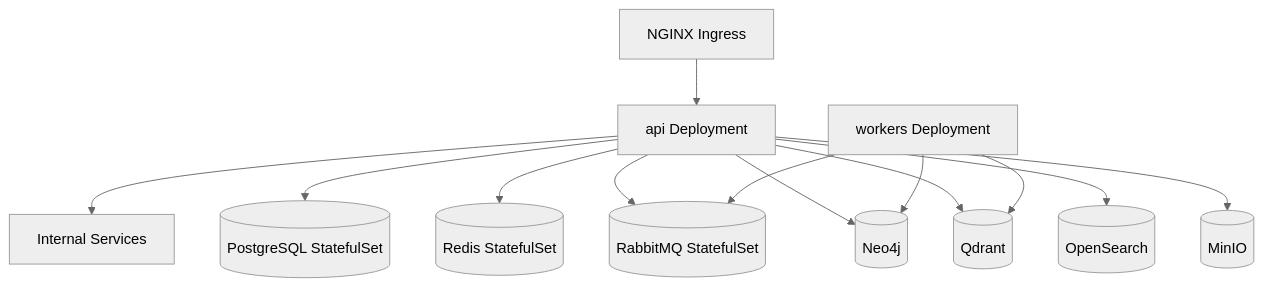
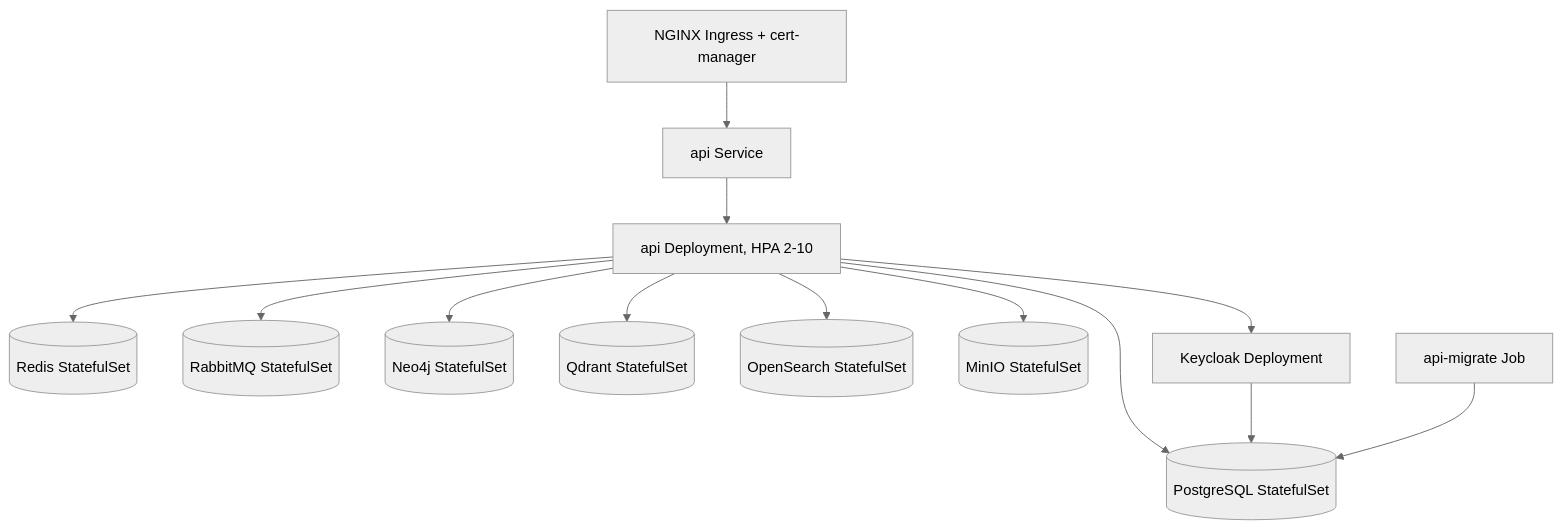
Before and after one commit to Carlos05-code/AI-Operation-copilot-for-SMBs: the diagram in infrastructure/kubernetes/README.md, drawn with Mermaid (neutral theme). The commit also changed other lines of this file and 42 other files, not shown here.

First line of the commit message:
feat(infra): Kubernetes deployment with HPA

````diff
--- a/infrastructure/kubernetes/README.md
+++ b/infrastructure/kubernetes/README.md
@@ -7,15 +9,15 @@
 ```mermaid
 flowchart TB
-    IN[NGINX Ingress] --> API[api Deployment]
-    API --> SVC[Internal Services]
+    IN[NGINX Ingress + cert-manager] --> SVC[api Service]
+    SVC --> API[api Deployment, HPA 2-10]
     API --> PG[(PostgreSQL StatefulSet)]
     API --> RED[(Redis StatefulSet)]
     API --> RMQ[(RabbitMQ StatefulSet)]
-    API --> NEO[(Neo4j)]
-    API --> QDR[(Qdrant)]
-    API --> OS[(OpenSearch)]
-    API --> MIN[(MinIO)]
-    WK[workers Deployment] --> RMQ
-    WK --> QDR
-    WK --> NEO
+    API --> NEO[(Neo4j StatefulSet)]
+    API --> QDR[(Qdrant StatefulSet)]
+    API --> OS[(OpenSearch StatefulSet)]
+    API --> MIN[(MinIO StatefulSet)]
+    API --> KC[Keycloak Deployment]
+    KC --> PG
+    MIG[api-migrate Job] --> PG
 ```
````
